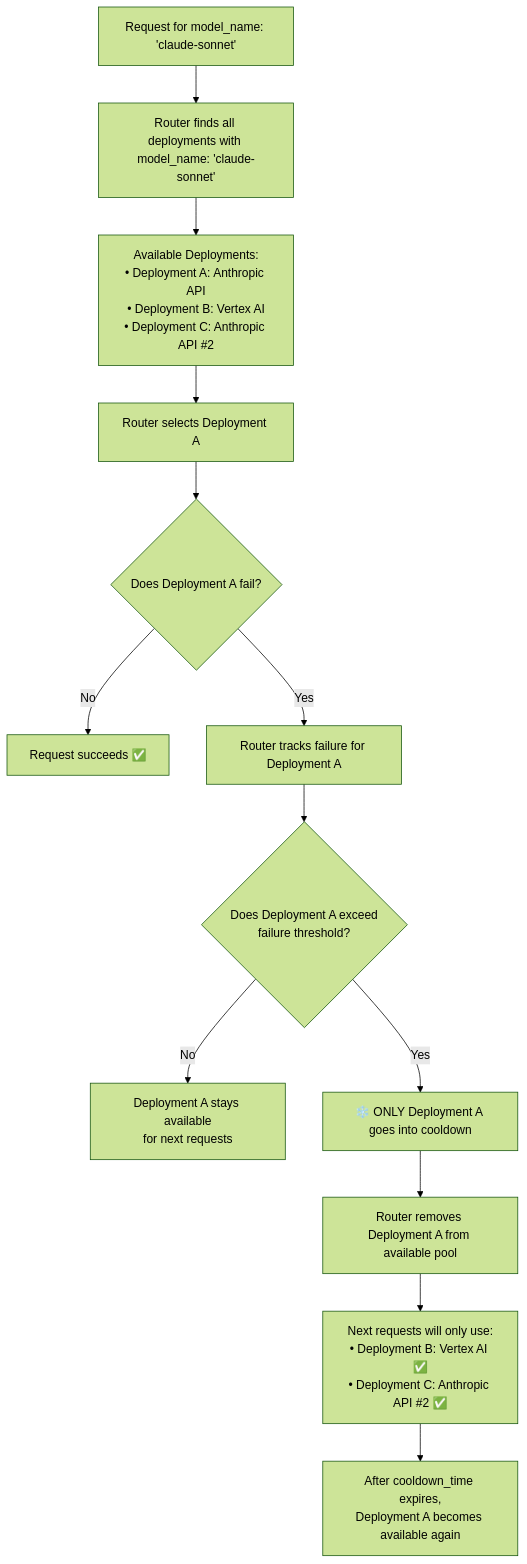
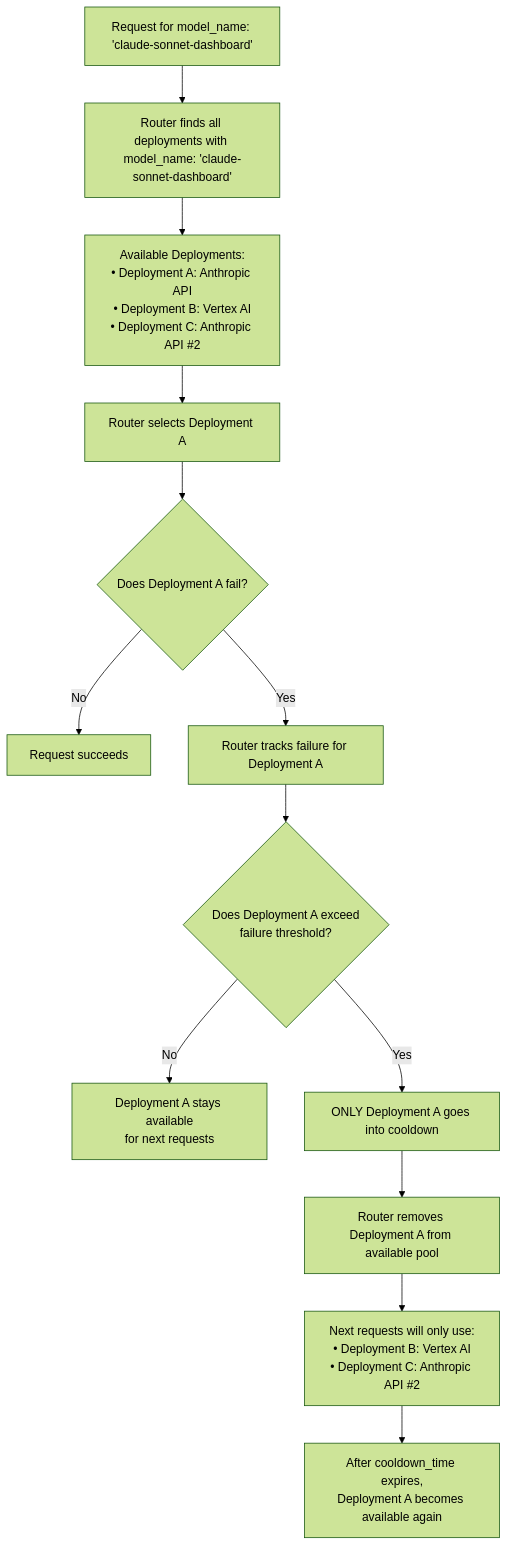
The diagram in docs/my-website/docs/routing.md (BerriAI/litellm), drawn with Mermaid (forest theme) before and after one commit. The commit also changed other lines of this file, not shown here.

Commit message:
Update routing docs with detailed cooldown behavior and configuration

````diff
--- a/docs/my-website/docs/routing.md
+++ b/docs/my-website/docs/routing.md
@@ -923,15 +1009,15 @@
 ```mermaid
 flowchart TD
-    A[Request for model_name: 'claude-sonnet'] --> B[Router finds all deployments with model_name: 'claude-sonnet']
+    A[Request for model_name: 'claude-sonnet-dashboard'] --> B[Router finds all deployments with model_name: 'claude-sonnet-dashboard']
     B --> C[Available Deployments:<br/>• Deployment A: Anthropic API<br/>• Deployment B: Vertex AI<br/>• Deployment C: Anthropic API #2]
     C --> D[Router selects Deployment A]
     D --> E{Does Deployment A fail?}
-    E -->|No| F[Request succeeds ✅]
+    E -->|No| F[Request succeeds]
     E -->|Yes| G[Router tracks failure for Deployment A]
     G --> H{Does Deployment A exceed<br/>failure threshold?}
     H -->|No| I[Deployment A stays available<br/>for next requests]
-    H -->|Yes| J[❄️ ONLY Deployment A goes into cooldown]
+    H -->|Yes| J[ONLY Deployment A goes into cooldown]
     J --> K[Router removes Deployment A from available pool]
-    K --> L[Next requests will only use:<br/>• Deployment B: Vertex AI ✅<br/>• Deployment C: Anthropic API #2 ✅]
+    K --> L[Next requests will only use:<br/>• Deployment B: Vertex AI<br/>• Deployment C: Anthropic API #2]
     L --> M[After cooldown_time expires,<br/>Deployment A becomes available again]
 ```
````
